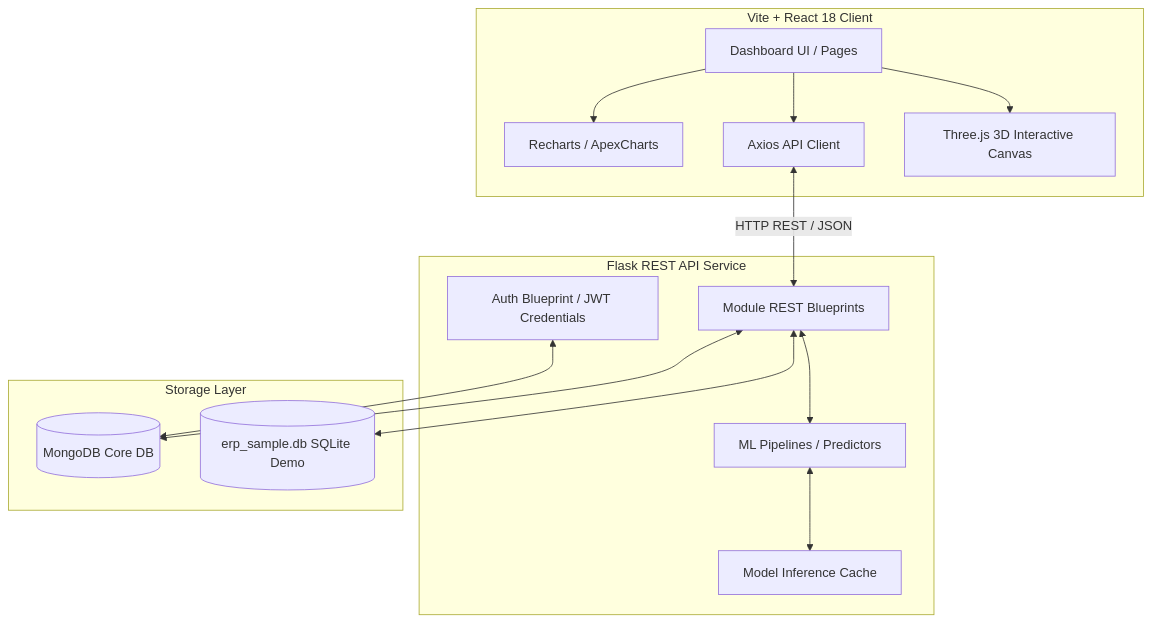
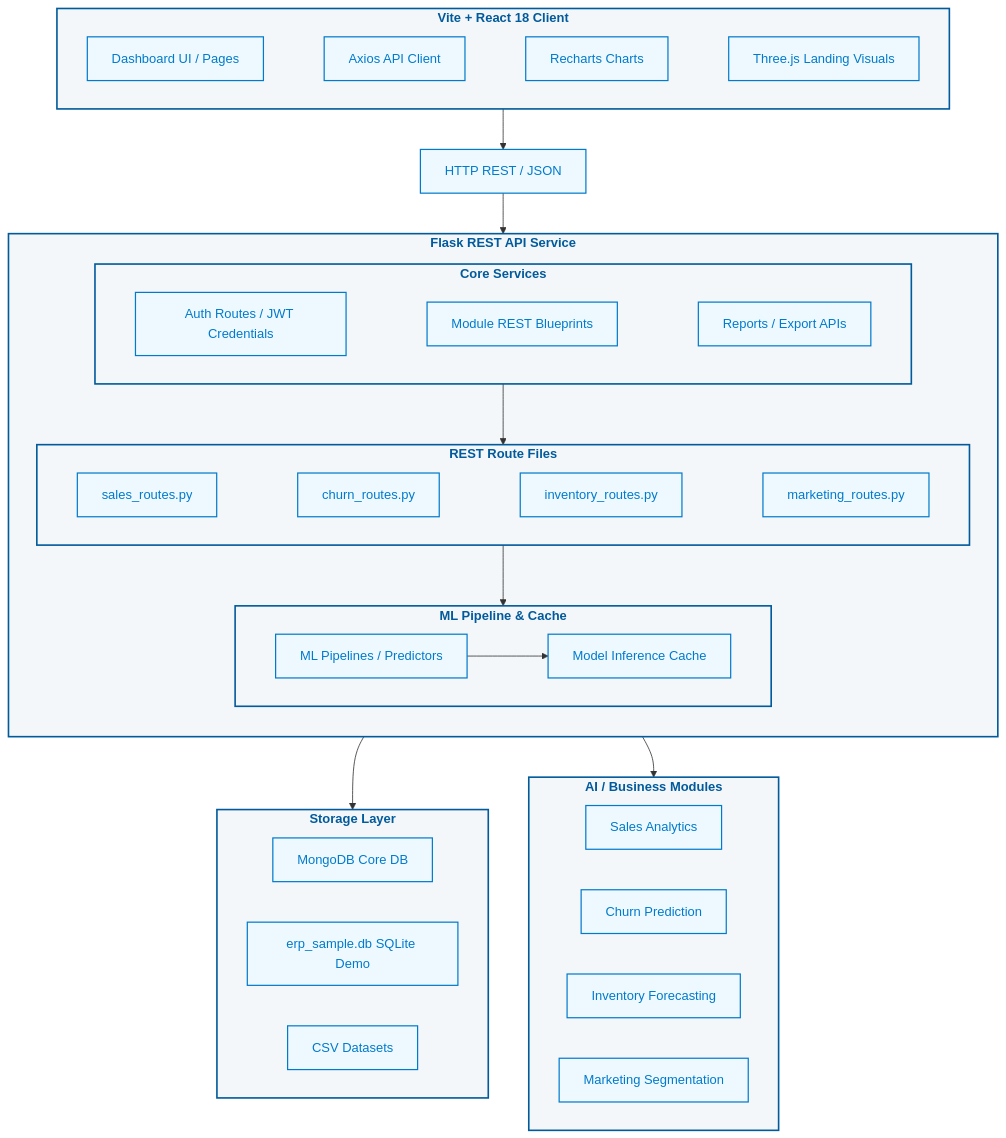
Before and after one commit to iTzMiracle2022/FYP_AI_Retail_Optimization_Suite_2022: the first of 2 diagrams in README.md, drawn with Mermaid. The commit also changed other lines of this file and 1 other file, not shown here.

Commit message:
docs: update README with key features, tech stack, and polished diagrams

````diff
--- a/README.md
+++ b/README.md
@@ -18,31 +61,71 @@
 ```mermaid
-graph TD
+flowchart TD
+    classDef default fill:#f9f9f9,stroke:#333,stroke-width:1px,color:#111;
+    classDef layer fill:#f4f7f9,stroke:#005A9C,stroke-width:2px,color:#005A9C,font-weight:bold;
+    classDef module fill:#eef9ff,stroke:#007acc,stroke-width:1.5px,color:#007acc;
+
     subgraph Frontend ["Vite + React 18 Client"]
+        direction LR
         UI["Dashboard UI / Pages"]
-        Charts["Recharts / ApexCharts"]
-        API_Client["Axios API Client"]
-        Three["Three.js 3D Interactive Canvas"]
+        Axios["Axios API Client"]
+        Charts["Recharts Charts"]
+        Three["Three.js Landing Visuals"]
+        UI ~~~ Axios ~~~ Charts ~~~ Three
     end
 
+    HTTP["HTTP REST / JSON"]
+
     subgraph Backend ["Flask REST API Service"]
-        Auth["Auth Blueprint / JWT Credentials"]
-        Routes["Module REST Blueprints"]
-        ML_Pipelines["ML Pipelines / Predictors"]
-        Cache["Model Inference Cache"]
+        direction TB
+
+        subgraph CoreServices ["Core Services"]
+            direction LR
+            Auth["Auth Routes / JWT Credentials"]
+            Blueprints["Module REST Blueprints"]
+            Reports["Reports / Export APIs"]
+            Auth ~~~ Blueprints ~~~ Reports
+        end
+
+        subgraph Routes ["REST Route Files"]
+            direction LR
+            SalesRoutes["sales_routes.py"]
+            ChurnRoutes["churn_routes.py"]
+            InvRoutes["inventory_routes.py"]
+            MarkRoutes["marketing_routes.py"]
+            SalesRoutes ~~~ ChurnRoutes ~~~ InvRoutes ~~~ MarkRoutes
+        end
+
+        subgraph MLCache ["ML Pipeline & Cache"]
+            direction LR
+            ML["ML Pipelines / Predictors"]
+            Cache["Model Inference Cache"]
+            ML --> Cache
+        end
+
+        Blueprints --> Routes
+        Routes --> ML
     end
 
-    subgraph Database ["Storage Layer"]
-        MongoDB[("MongoDB Core DB")]
-        SQLite[("erp_sample.db SQLite Demo")]
+    subgraph Storage ["Storage Layer"]
+        direction LR
+        Mongo["MongoDB Core DB"]
+        SQLite["erp_sample.db SQLite Demo"]
+        CSV["CSV Datasets"]
     end
 
-    UI --> Charts
-    UI --> Three
-    UI --> API_Client
-    API_Client <-->|HTTP REST / JSON| Routes
-    Routes <--> ML_Pipelines
-    ML_Pipelines <--> Cache
-    Routes <--> MongoDB
-    Routes <--> SQLite
-    Auth <--> MongoDB
+    subgraph AI_Modules ["AI / Business Modules"]
+        direction LR
+        SalesMod["Sales Analytics"]
+        ChurnMod["Churn Prediction"]
+        InvMod["Inventory Forecasting"]
+        MarkMod["Marketing Segmentation"]
+    end
+
+    Frontend --> HTTP
+    HTTP --> Backend
+    Backend --> Storage
+    Backend --> AI_Modules
+
+    class Frontend,Backend,CoreServices,Routes,MLCache,Storage,AI_Modules layer;
+    class UI,Axios,Charts,Three,HTTP,Auth,Blueprints,Reports,SalesRoutes,ChurnRoutes,InvRoutes,MarkRoutes,ML,Cache,Mongo,SQLite,CSV,SalesMod,ChurnMod,InvMod,MarkMod module;
 ```
````
